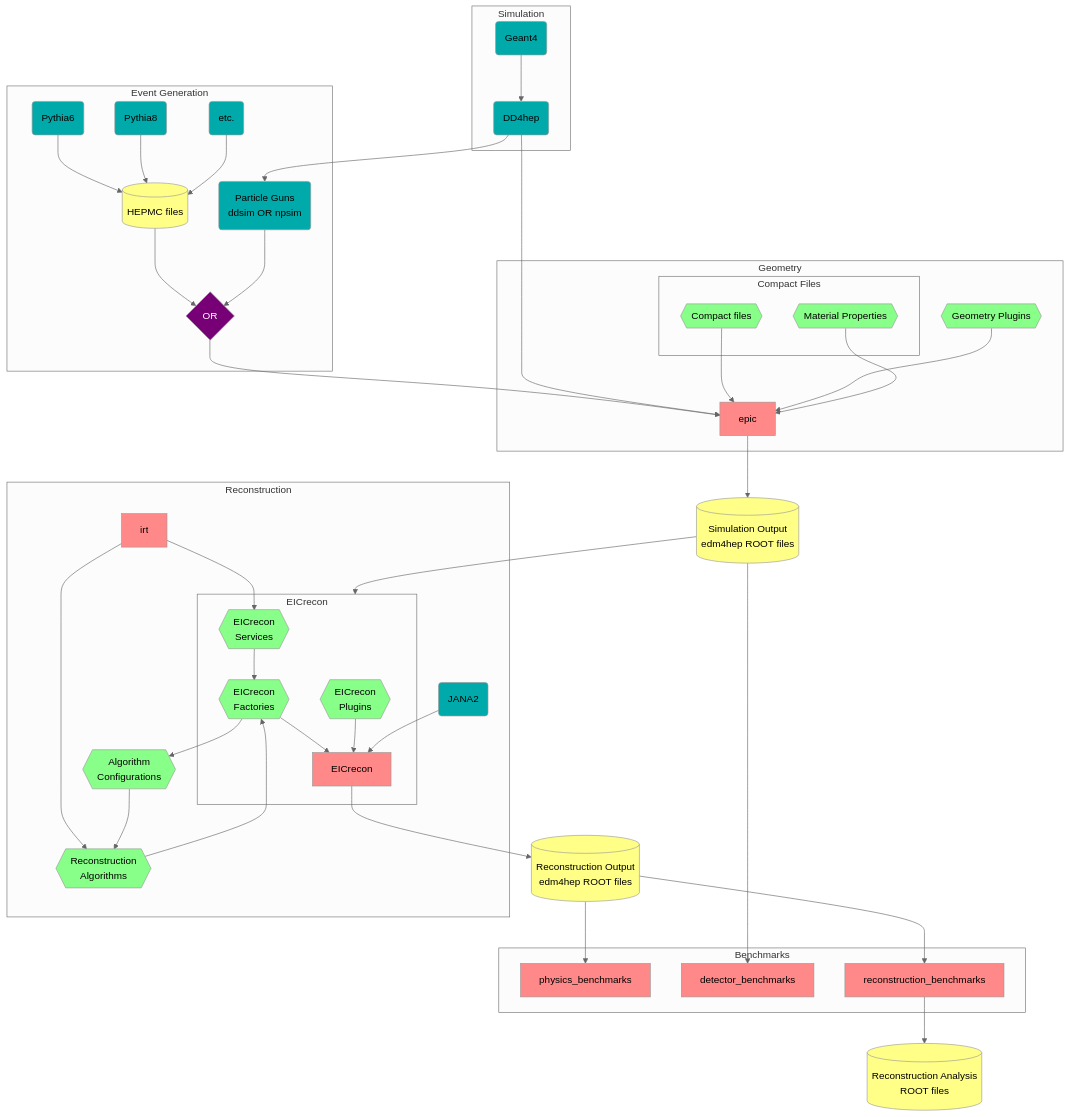
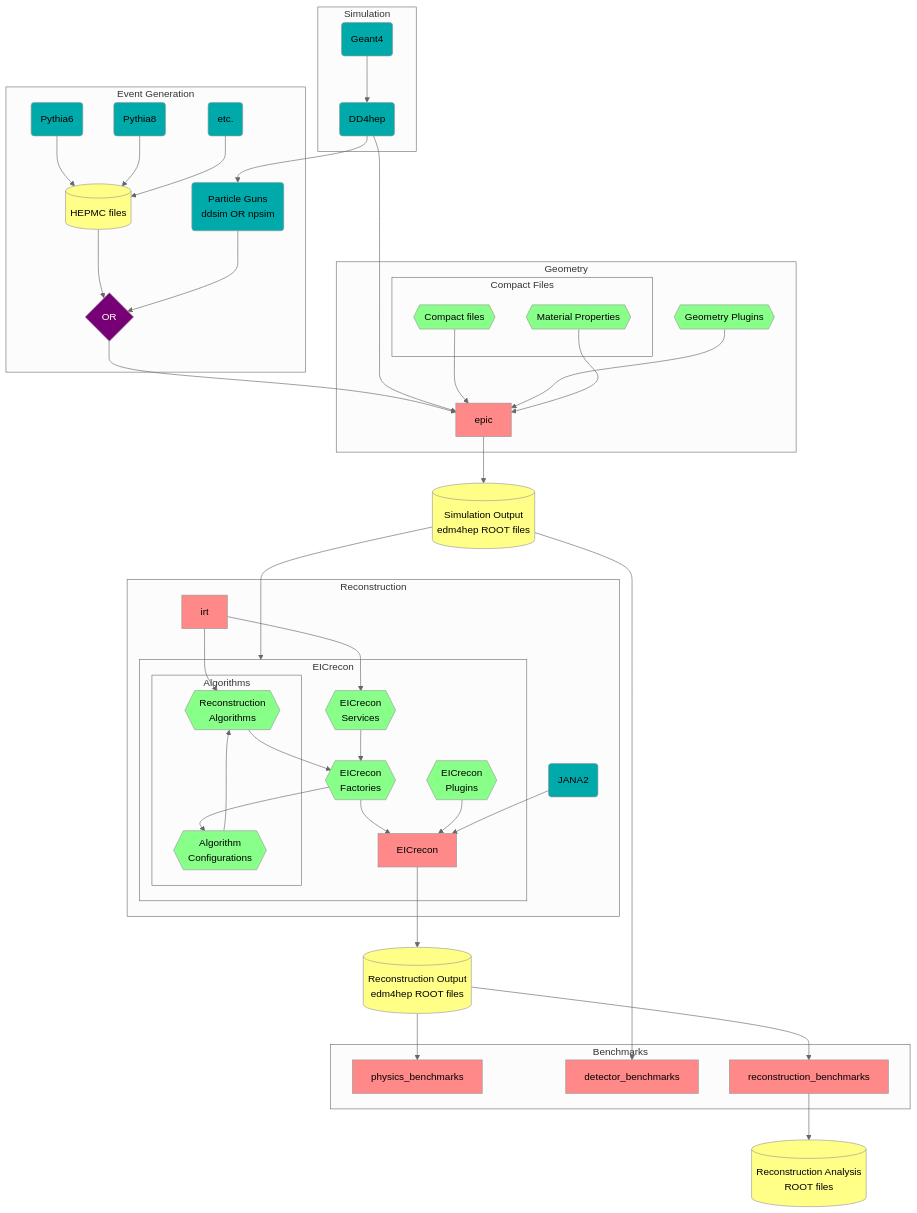
The third of 3 diagrams in README.md (eic/drich-dev), drawn with Mermaid (neutral theme) before and after one commit.

Commit message:
modified:   README.md

````diff
--- a/README.md
+++ b/README.md
@@ -228,81 +228,83 @@
 ```mermaid
 flowchart TB
   classDef epic fill:#ff8888,color:black
   classDef dep fill:#00aaaa,color:black
   classDef obj fill:#88ff88,color:black
   classDef data fill:#ffff88,color:black
   classDef op fill:#770077,color:white
 
   subgraph Event Generation
     Pythia6(Pythia6):::dep
     Pythia8(Pythia8):::dep
     OtherGen(etc.):::dep
     Hepmc[(HEPMC files)]:::data
     Gun(Particle Guns<br/>ddsim OR npsim):::dep
     GenOR{OR}:::op
   end
   Pythia6  --> Hepmc
   Pythia8  --> Hepmc
   OtherGen --> Hepmc
   Hepmc    --> GenOR
   Gun      --> GenOR
 
   subgraph Simulation
     DD4hep(DD4hep):::dep
     Geant(Geant4):::dep
   end
   Geant --> DD4hep
 
   subgraph Geometry
     Epic[epic]:::epic
     subgraph Compact Files
       DDCompact{{Compact files}}:::obj
       DDMat{{Material Properties}}:::obj
     end
     DDPlugin{{Geometry Plugins}}:::obj
   end
   SimOut[(Simulation Output<br/>edm4hep ROOT files)]:::data
   DD4hep    --> Gun
   GenOR     --> Epic
   DD4hep    --> Epic
   DDCompact --> Epic
   DDPlugin  --> Epic
   DDMat     --> Epic
   Epic      --> SimOut
 
   subgraph Reconstruction
     JANA(JANA2):::dep
     IRT[irt]:::epic
-    RecoAlgorithms{{Reconstruction<br/>Algorithms}}:::obj
-    RecoAlgorithmConfigs{{Algorithm<br/>Configurations}}:::obj
     subgraph EICrecon
+      subgraph Algorithms
+        RecoAlgorithms{{Reconstruction<br/>Algorithms}}:::obj
+        RecoAlgorithmConfigs{{Algorithm<br/>Configurations}}:::obj
+      end
       EICreconPlugins{{EICrecon<br/>Plugins}}:::obj
       EICreconFactories{{EICrecon<br/>Factories}}:::obj
       EICreconServices{{EICrecon<br/>Services}}:::obj
       EICreconRepo[EICrecon]:::epic
     end
   end
   RecOut[(Reconstruction Output<br/>edm4hep ROOT files)]:::data
   SimOut               ---> EICrecon
   IRT                  -->  EICreconServices
   IRT                  -->  RecoAlgorithms
   RecoAlgorithmConfigs -->  RecoAlgorithms
   EICreconServices     -->  EICreconFactories
   RecoAlgorithms       -->  EICreconFactories
   EICreconFactories    -->  RecoAlgorithmConfigs
   EICreconFactories    -->  EICreconRepo
   EICreconPlugins      -->  EICreconRepo
   JANA                 -->  EICreconRepo
   EICreconRepo         -->  RecOut
 
   subgraph Benchmarks
     PhysicsBenchmarks[physics_benchmarks]:::epic
     DetectorBenchmarks[detector_benchmarks]:::epic
     ReconstructionBenchmarks[reconstruction_benchmarks]:::epic
   end
   AnaOut[(Reconstruction Analysis<br/>ROOT files)]:::data
   SimOut --> DetectorBenchmarks
   RecOut --> PhysicsBenchmarks
   RecOut --> ReconstructionBenchmarks --> AnaOut
 
 ```
````
